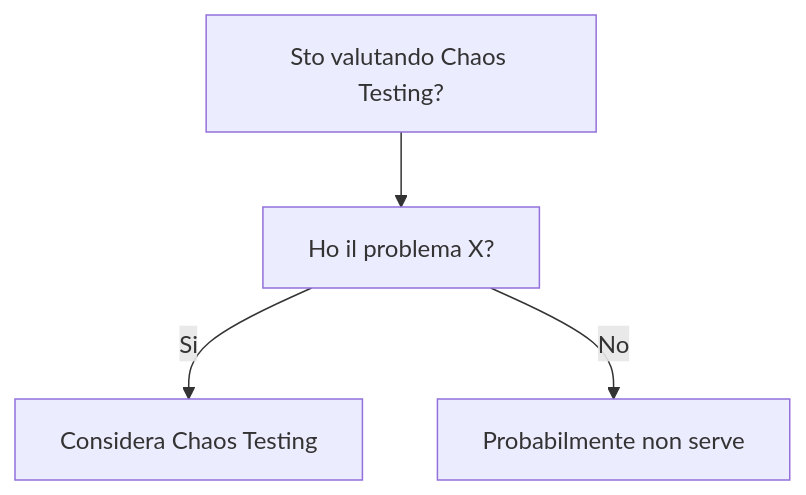
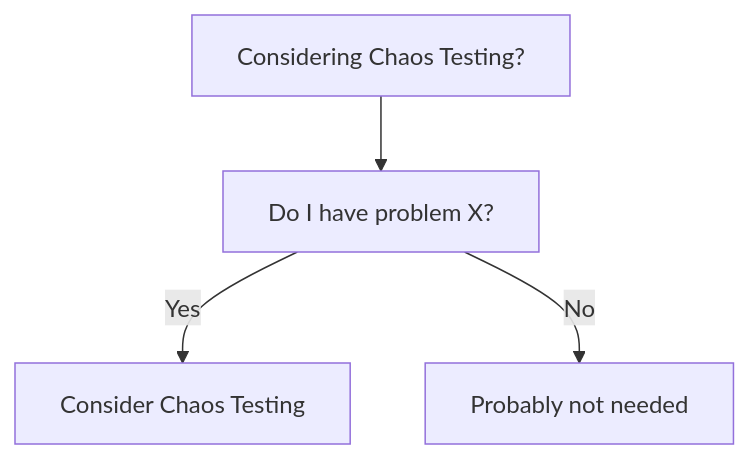
Before and after one commit to HxT9/Software-Dev-Wiki: the diagram in dev-wiki/09_Testing/Chaos_Testing/When_To_Use.md, drawn with Mermaid. The commit also changed other lines of this file and 3444 other files, not shown here.

````diff
--- a/dev-wiki/09_Testing/Chaos_Testing/When_To_Use.md
+++ b/dev-wiki/09_Testing/Chaos_Testing/When_To_Use.md
@@ -19,6 +19,6 @@
 ```mermaid
 flowchart TD
-  Q[Sto valutando Chaos Testing?] --> Q1[Ho il problema X?]
-  Q1 -->|Si| OK[Considera Chaos Testing]
-  Q1 -->|No| NO[Probabilmente non serve]
+  Q[Considering Chaos Testing?] --> Q1[Do I have problem X?]
+  Q1 -->|Yes| OK[Consider Chaos Testing]
+  Q1 -->|No| NO[Probably not needed]
 ```
````
